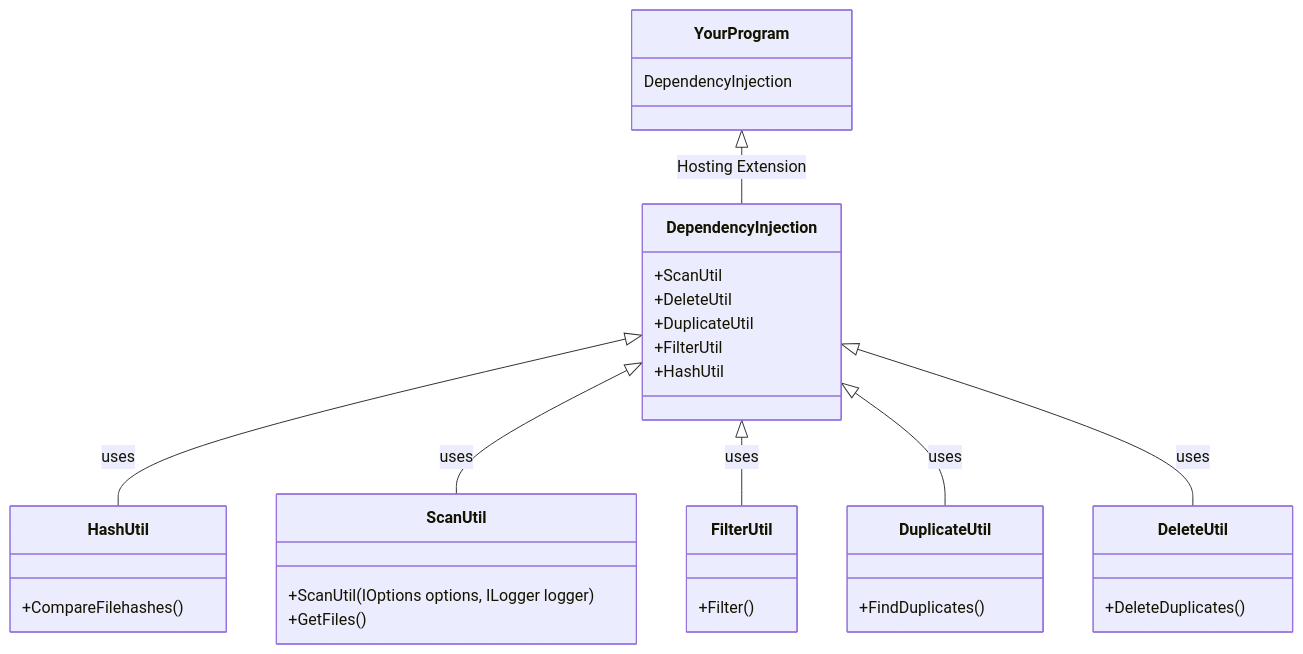
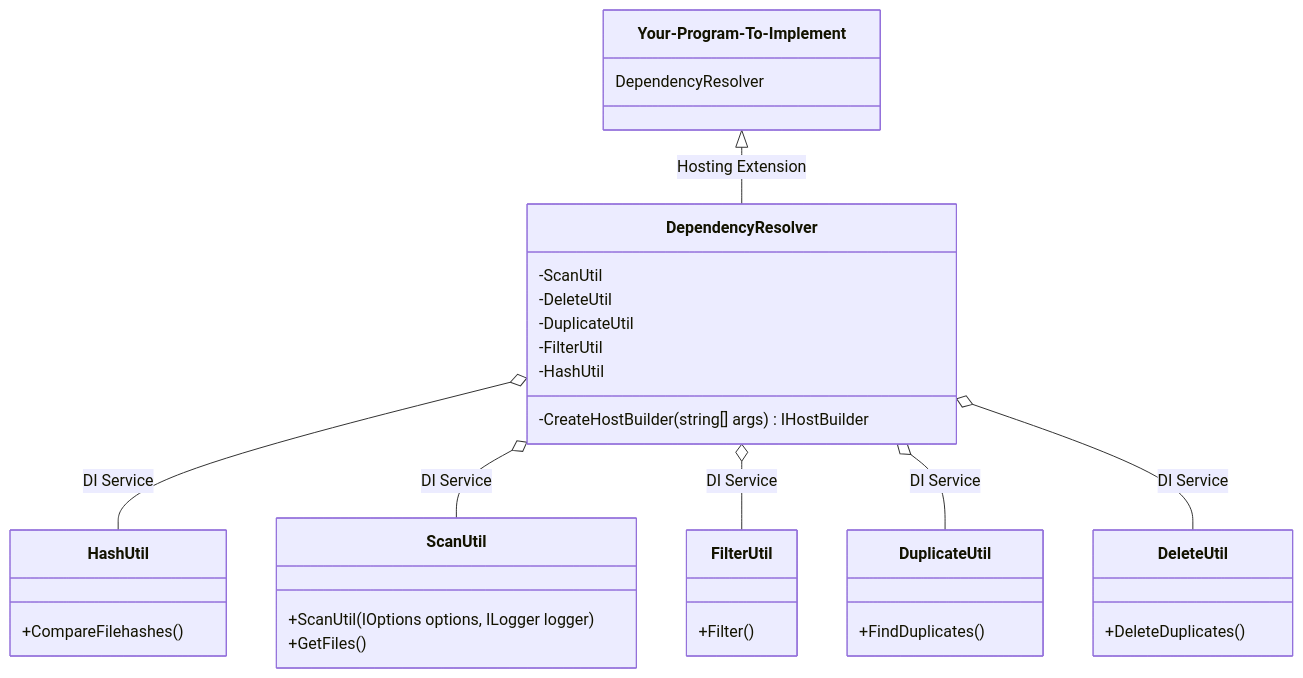
Before and after one commit to NicoFilips/ByteBrusher: the diagram in readme.md, drawn with Mermaid. The commit also changed other lines of this file, not shown here.

````diff
--- a/readme.md
+++ b/readme.md
@@ -91,43 +89,44 @@
 ```mermaid
 classDiagram
-    class YourProgram {
-        DependencyInjection
+    class Your-Program-To-Implement {
+        DependencyResolver
     }
 
-    class DependencyInjection{
-        +ScanUtil
-        +DeleteUtil
-        +DuplicateUtil
-        +FilterUtil
-        +HashUtil
+    class DependencyResolver{
+        -CreateHostBuilder(string[] args) IHostBuilder
+        -ScanUtil
+        -DeleteUtil
+        -DuplicateUtil
+        -FilterUtil
+        -HashUtil
     }
 
     class ScanUtil {
         +ScanUtil(IOptions options, ILogger logger)
         +GetFiles()
     }
 
     class FilterUtil {
         +Filter()
     }
 
     class DuplicateUtil {
         +FindDuplicates()
     }
 
     class DeleteUtil {
         +DeleteDuplicates()
     }
 
     class HashUtil {
         +CompareFilehashes()
     }
 
-    DependencyInjection <|-- HashUtil : uses
-    DependencyInjection <|-- ScanUtil : uses
-    DependencyInjection <|-- FilterUtil : uses
-    DependencyInjection <|-- DuplicateUtil : uses
-    DependencyInjection <|-- DeleteUtil : uses
+    DependencyResolver o-- HashUtil : DI Service
+    DependencyResolver o-- ScanUtil : DI Service
+    DependencyResolver o-- FilterUtil : DI Service
+    DependencyResolver o-- DuplicateUtil : DI Service
+    DependencyResolver o-- DeleteUtil : DI Service
 
-    YourProgram <|-- DependencyInjection : Hosting Extension
+    Your-Program-To-Implement <|-- DependencyResolver : Hosting Extension
 ```
````
